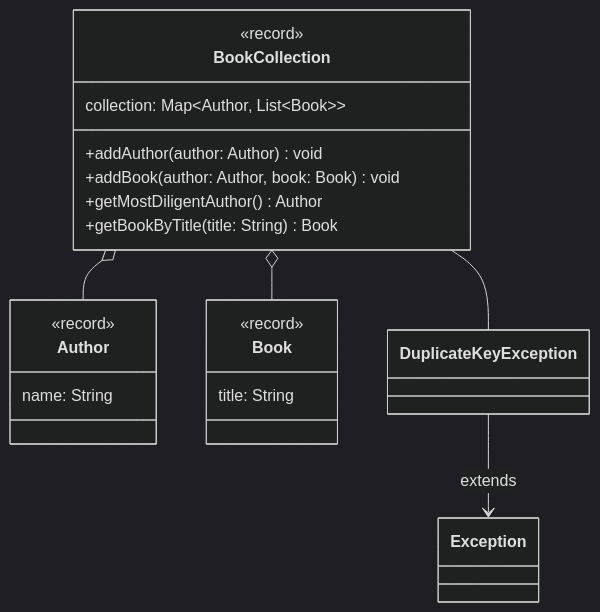
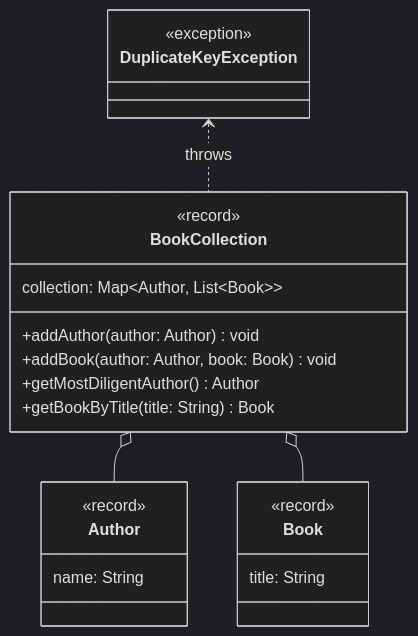
One commit to jappuccini/java-docs changed the diagram in docs/exercises/maps/maps02.mdx. Above: the diagram before and after it, drawn with Mermaid (dark theme). The commit also changed 1 other file, not shown here.

````diff
--- a/docs/exercises/maps/maps02.mdx
+++ b/docs/exercises/maps/maps02.mdx
@@ -16,29 +16,29 @@
 ```mermaid
 classDiagram
     BookCollection o-- Author
     BookCollection o-- Book
-    BookCollection -- DuplicateKeyException
-    DuplicateKeyException --> Exception : extends
+    DuplicateKeyException <.. BookCollection : throws
 
     class Author {
         <<record>>
         name: String
     }
 
     class Book {
         <<record>>
         title: String
     }
 
     class BookCollection {
         <<record>>
         collection: Map~Author&sbquo; List~Book~~
         +addAuthor(author: Author) void
         +addBook(author: Author, book: Book) void
         +getMostDiligentAuthor() Author
         +getBookByTitle(title: String) Book
     }
 
-    class DuplicateKeyException { }
-    class Exception { }
+    class DuplicateKeyException {
+    	<<exception>>
+    }
 ```
````
